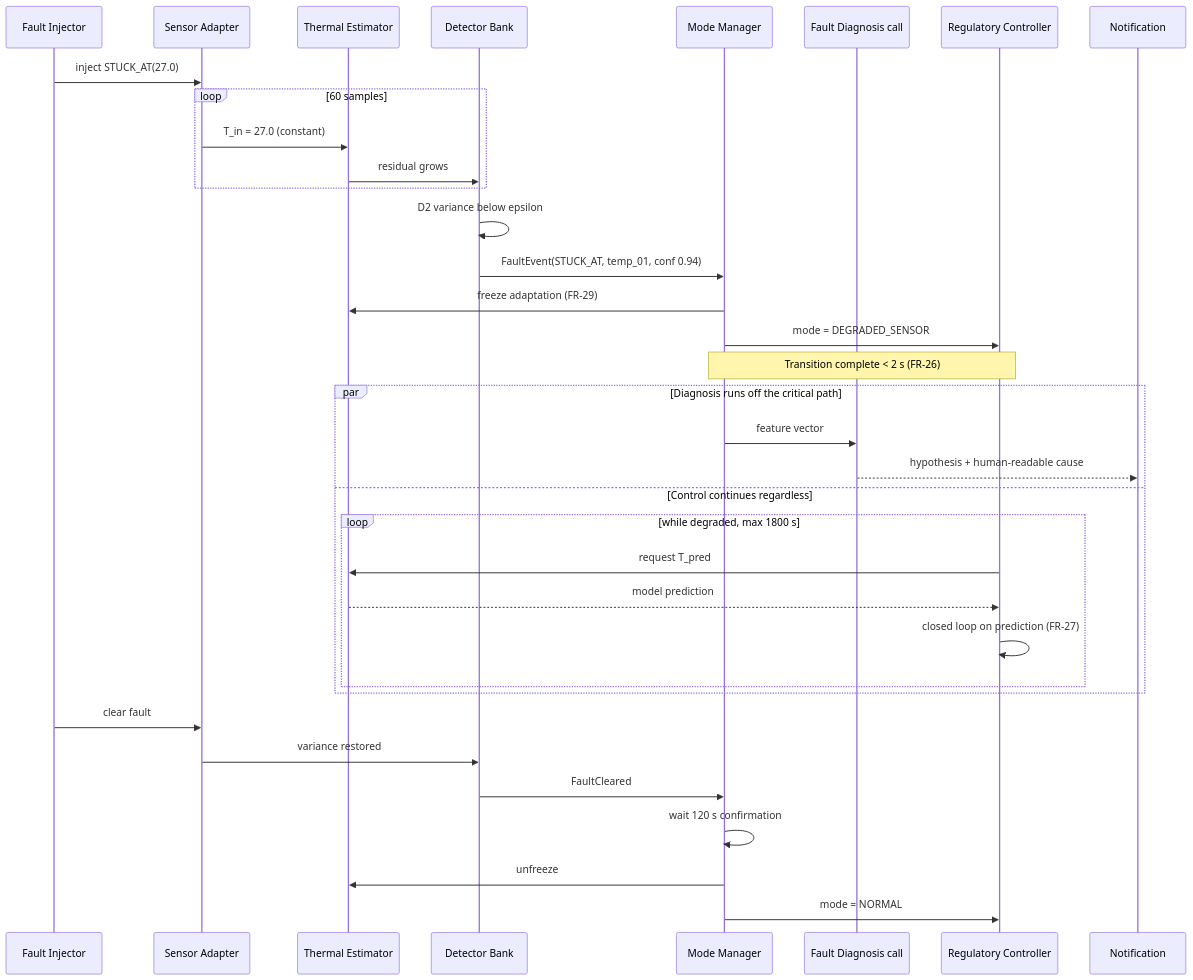
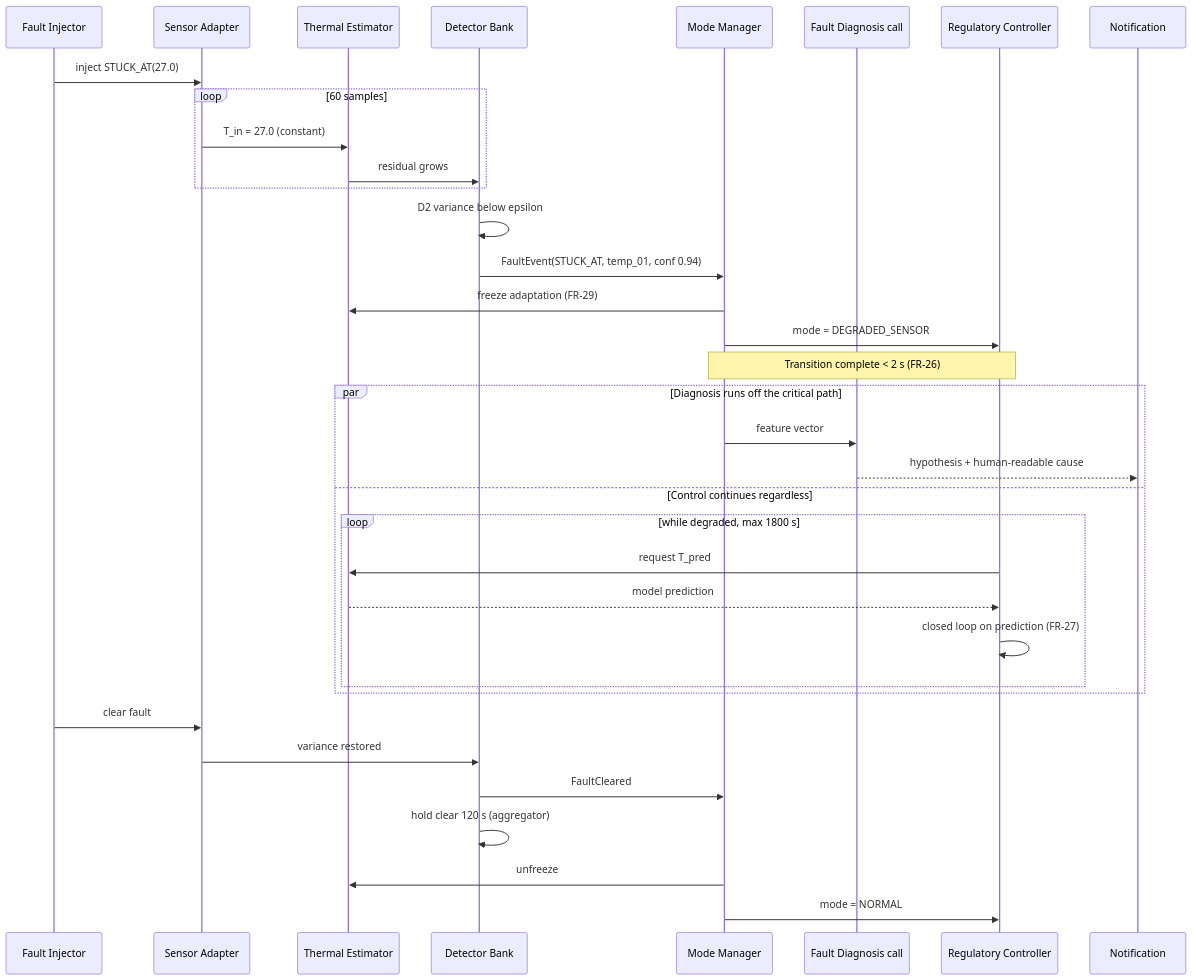
Diagram 12 of 12 in docs/DESIGN.md (udbhav07/edge-smart-space), drawn with Mermaid before and after one commit. The commit also changed other lines of this file and 2 other files, not shown here.

````diff
--- a/docs/DESIGN.md
+++ b/docs/DESIGN.md
@@ -1157,38 +1171,38 @@
 ```mermaid
 sequenceDiagram
     participant FI as Fault Injector
     participant SA as Sensor Adapter
     participant EST as Thermal Estimator
     participant FD as Detector Bank
     participant MM as Mode Manager
     participant DX as Fault Diagnosis call
     participant C as Regulatory Controller
     participant UI as Notification
 
     FI->>SA: inject STUCK_AT(27.0)
     loop 60 samples
         SA->>EST: T_in = 27.0 (constant)
         EST->>FD: residual grows
     end
     FD->>FD: D2 variance below epsilon
     FD->>MM: FaultEvent(STUCK_AT, temp_01, conf 0.94)
     MM->>EST: freeze adaptation (FR-29)
     MM->>C: mode = DEGRADED_SENSOR
     Note over MM,C: Transition complete < 2 s (FR-26)
     par Diagnosis runs off the critical path
         MM->>DX: feature vector
         DX-->>UI: hypothesis + human-readable cause
     and Control continues regardless
         loop while degraded, max 1800 s
             C->>EST: request T_pred
             EST-->>C: model prediction
             C->>C: closed loop on prediction (FR-27)
         end
     end
     FI->>SA: clear fault
     SA->>FD: variance restored
     FD->>MM: FaultCleared
-    MM->>MM: wait 120 s confirmation
+    FD->>FD: hold clear 120 s (aggregator)
     MM->>EST: unfreeze
     MM->>C: mode = NORMAL
 ```
````
